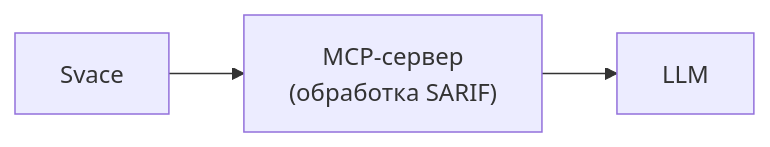
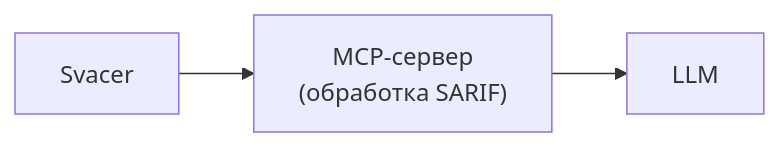
The first of 2 diagrams in docs/architecture.md (Otto-7/mcp), drawn with Mermaid before and after one commit.

Commit message:
Fix typo in architecture diagram label

````diff
--- a/docs/architecture.md
+++ b/docs/architecture.md
@@ -53,4 +53,4 @@
 ```mermaid
 flowchart LR
-    Svace["Svace"] --> System["MCP-сервер<br/>(обработка SARIF)"] --> LLM["LLM"]
+    Svace["Svacer"] --> System["MCP-сервер<br/>(обработка SARIF)"] --> LLM["LLM"]
 ```
````
